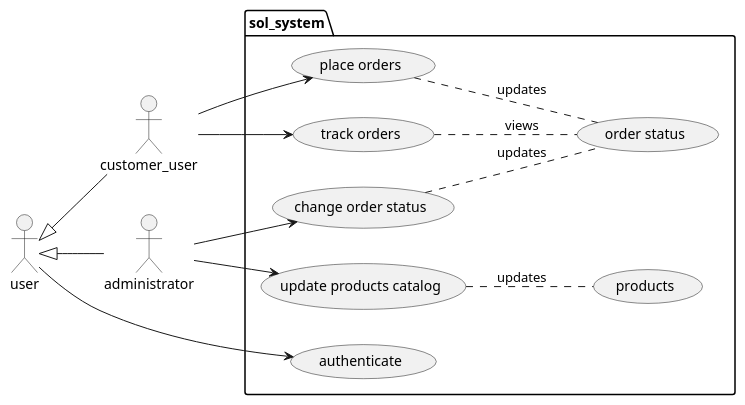
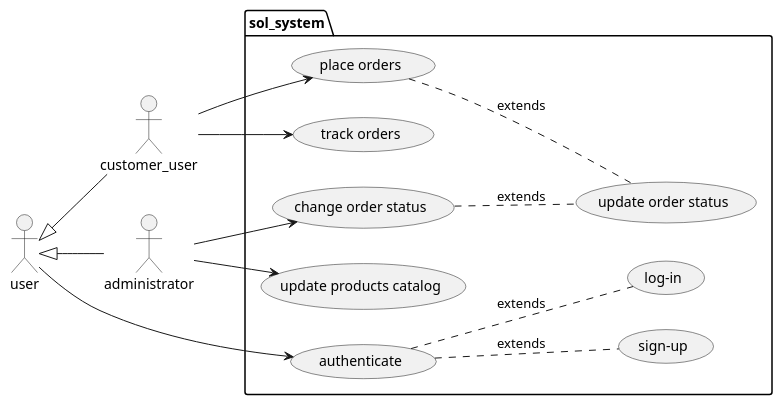
The diagram in uml/use_case.wsd (Kylertk21/SolSystems), drawn with PlantUML before and after one commit. The commit also changed 2 other files, not shown here.

```diff
--- a/uml/use_case.wsd
+++ b/uml/use_case.wsd
@@ -1,23 +1,23 @@
-@startuml design
+@startuml Use_Case
 
 left to right direction
 
 :user:
 :customer_user:
 :user: <|-- :customer_user:
 :administrator:
 :user: <|-- :administrator:
-
 package sol_system {
     :user: --> (authenticate)
     :customer_user: --> (place orders)
     :customer_user: --> (track orders)
+
     :administrator: --> (change order status)
     :administrator: --> (update products catalog)
-    (change order status) .. (order status) : updates
-    (place orders) .. (order status) : updates
-    (track orders) .. (order status) : views
-    (update products catalog) .. (products) : updates
+    (change order status) .. (update order status) : extends
+    (place orders) .. (update order status) : extends
+    (authenticate) .. (sign-up) : extends
+    (authenticate) .. (log-in) : extends
 }
 
 @enduml
```
